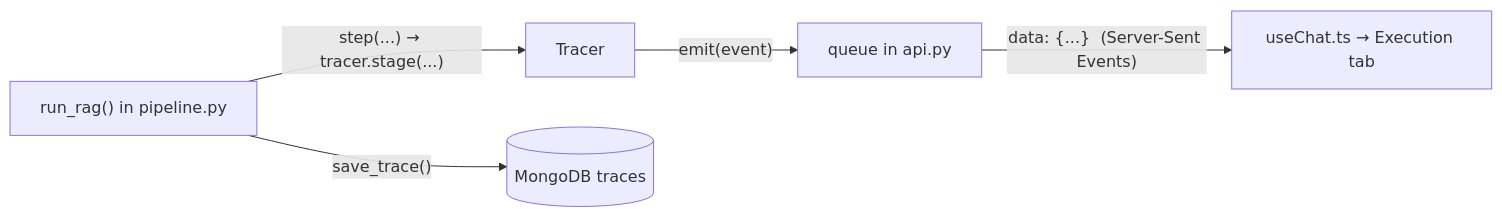
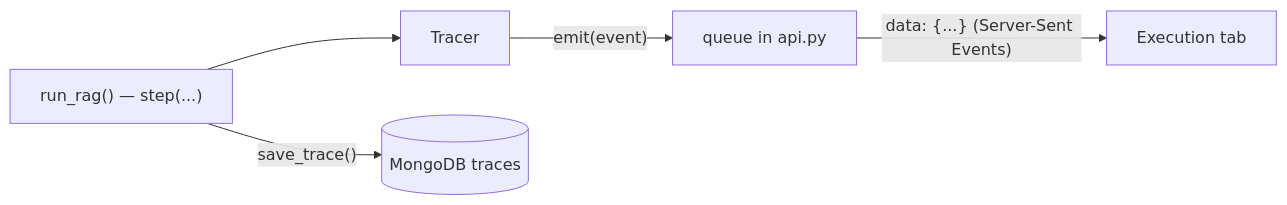
The second of 2 diagrams in docs/02_RAG_ARCHITECTURE.md (Jackson2706/RAG-Project-G5-HYU-E), drawn with Mermaid before and after one commit. The commit also changed other lines of this file and 109 other files, not shown here.

````diff
--- a/docs/02_RAG_ARCHITECTURE.md
+++ b/docs/02_RAG_ARCHITECTURE.md
@@ -240,7 +293,5 @@
 ```mermaid
 flowchart LR
-  R["run_rag() in pipeline.py"] -->|"step(...) → tracer.stage(...)"| T["Tracer"]
-  T -->|"emit(event)"| Q["queue in api.py"]
-  Q -->|"data: {...}  (Server-Sent Events)"| U["useChat.ts → Execution tab"]
+  R["run_rag() — step(...)"] --> T["Tracer"] -->|"emit(event)"| Q["queue in api.py"] -->|"data: {...} (Server-Sent Events)"| U["Execution tab"]
   R -->|"save_trace()"| M[("MongoDB traces")]
 ```
````
